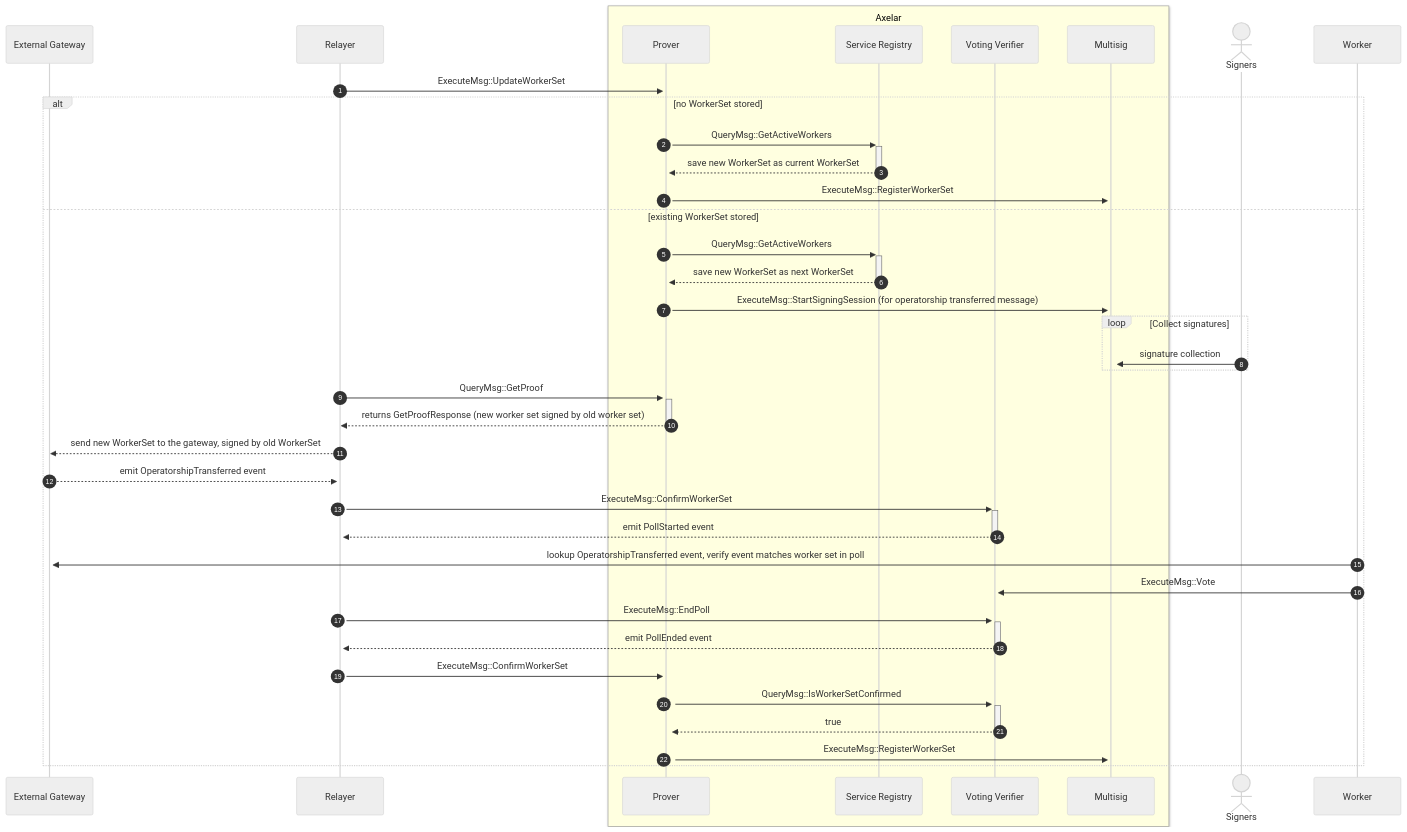
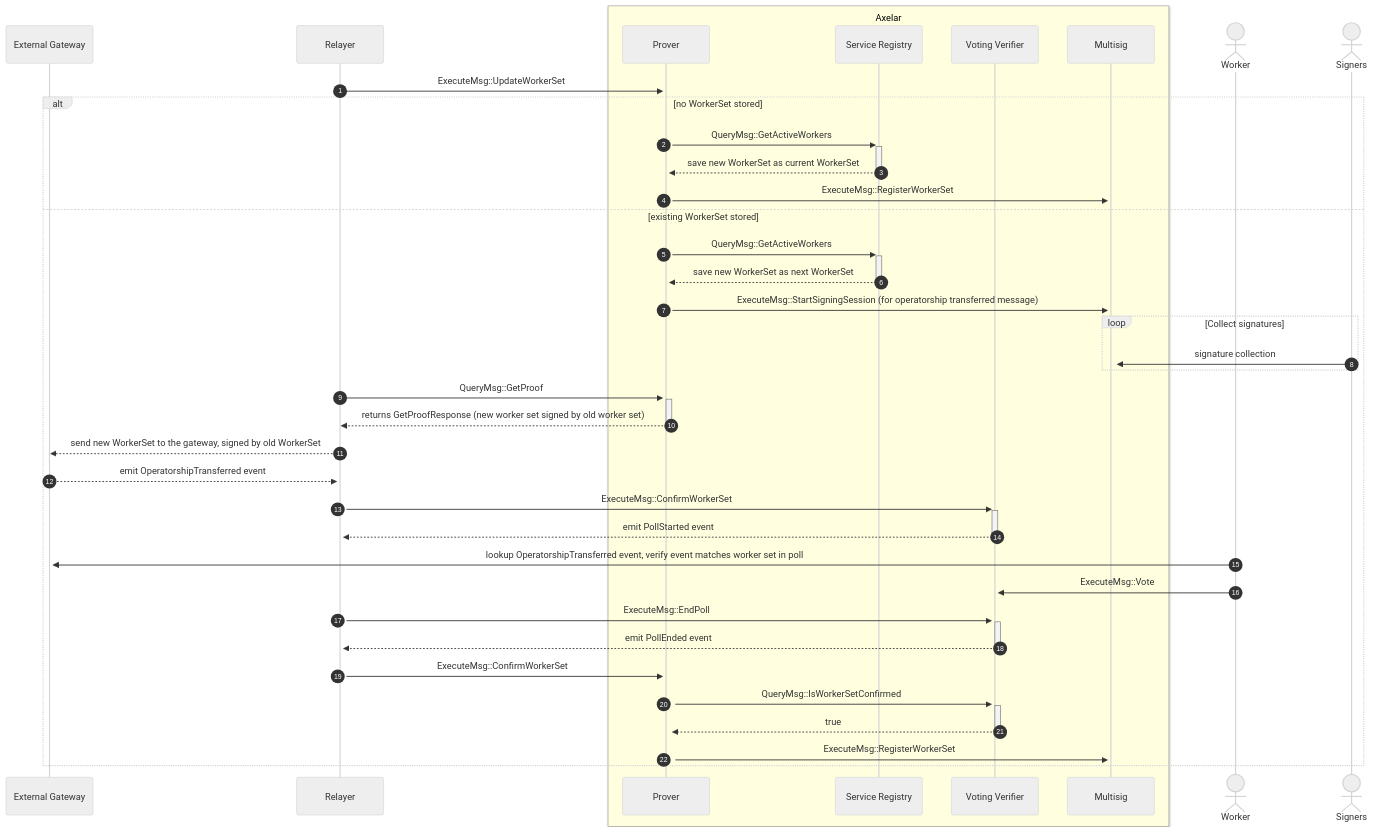
One commit to axelarnetwork/axelar-amplifier changed the fourth of 4 diagrams in doc/src/contracts/multisig_prover.md. Above: the diagram before and after it, drawn with Mermaid (neutral theme).

Commit message:
Add Worker participant

````diff
--- a/doc/src/contracts/multisig_prover.md
+++ b/doc/src/contracts/multisig_prover.md
@@ -152,40 +152,41 @@
 ```mermaid
 sequenceDiagram
 autonumber
 participant External Gateway
 participant Relayer
 box LightYellow Axelar
 participant Prover
 participant Service Registry
 participant Voting Verifier
 participant Multisig
 end
+actor Worker
 actor Signers
 Relayer->>+Prover: ExecuteMsg::UpdateWorkerSet
 alt no WorkerSet stored
   Prover->>+Service Registry: QueryMsg::GetActiveWorkers
   Service Registry-->>-Prover: save new WorkerSet as current WorkerSet
   Prover->>+Multisig: ExecuteMsg::RegisterWorkerSet
 else existing WorkerSet stored
   Prover->>+Service Registry: QueryMsg::GetActiveWorkers
   Service Registry-->>-Prover: save new WorkerSet as next WorkerSet
   Prover->>+Multisig: ExecuteMsg::StartSigningSession (for operatorship transferred message)
   loop Collect signatures
 	  Signers->>+Multisig: signature collection
   end
   Relayer->>+Prover: QueryMsg::GetProof
   Prover-->>-Relayer: returns GetProofResponse (new worker set signed by old worker set)
   Relayer-->>External Gateway: send new WorkerSet to the gateway, signed by old WorkerSet
   External Gateway-->>+Relayer: emit OperatorshipTransferred event
   Relayer->>+Voting Verifier: ExecuteMsg::ConfirmWorkerSet
   Voting Verifier-->>-Relayer: emit PollStarted event
   Worker->>+External Gateway: lookup OperatorshipTransferred event, verify event matches worker set in poll
   Worker->>+Voting Verifier: ExecuteMsg::Vote
   Relayer->>+Voting Verifier: ExecuteMsg::EndPoll
   Voting Verifier-->>-Relayer: emit PollEnded event
   Relayer->>+Prover: ExecuteMsg::ConfirmWorkerSet
   Prover->>+Voting Verifier: QueryMsg::IsWorkerSetConfirmed
   Voting Verifier-->>-Prover: true
   Prover->>+Multisig: ExecuteMsg::RegisterWorkerSet
 end
 ```
````
